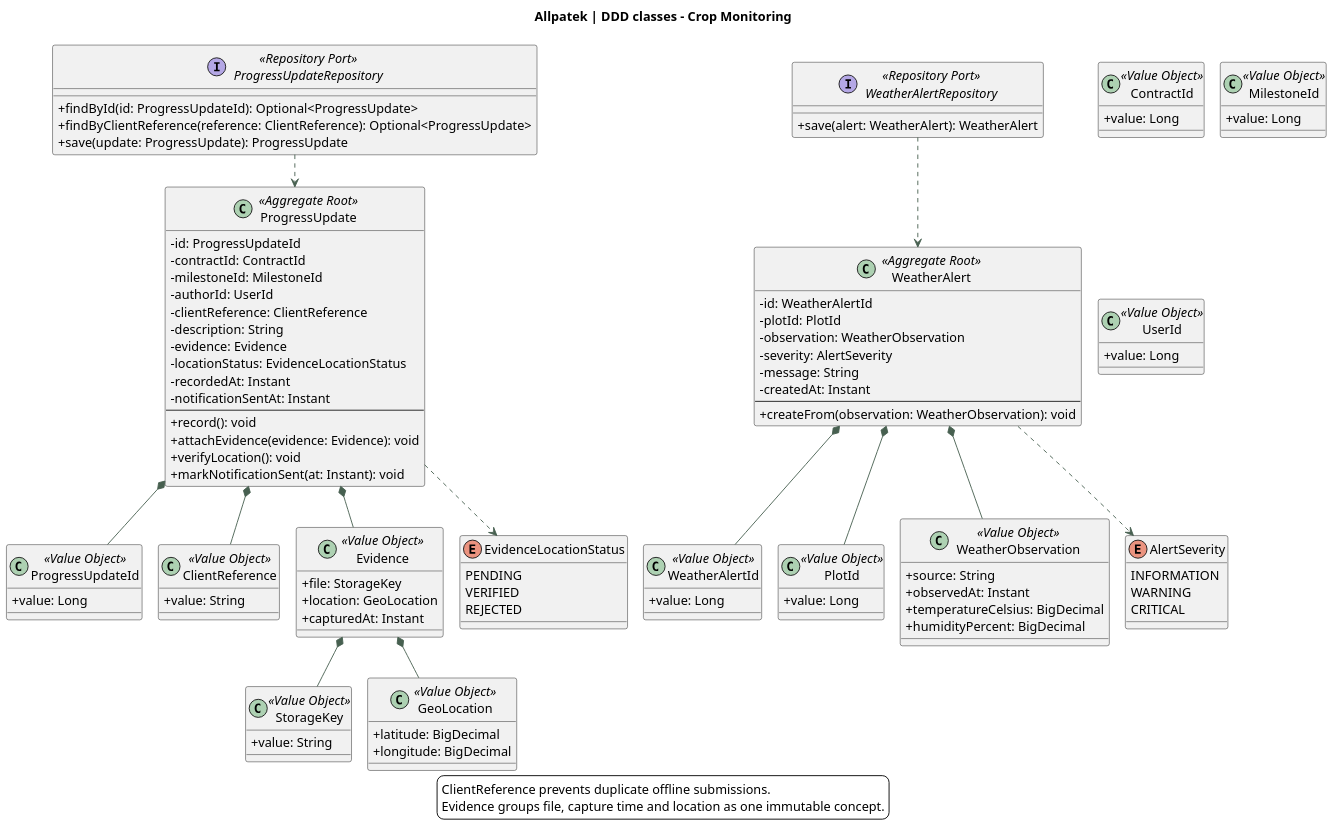
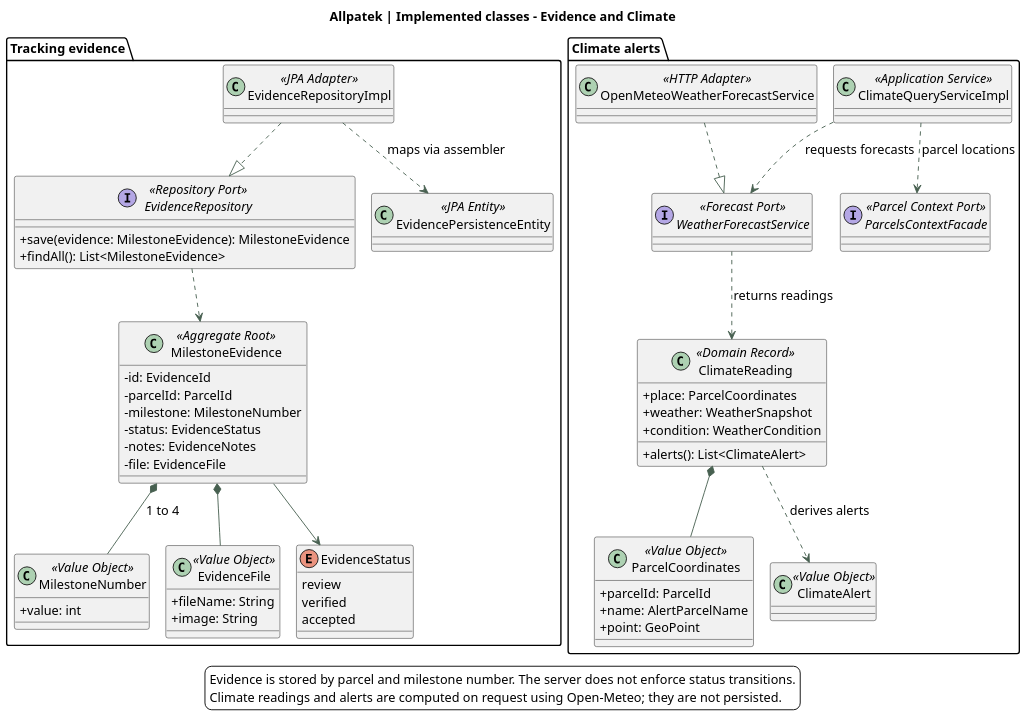
The diagram in assets/chapter-04/architecture/12-classes-monitoring.puml (upc-pre-202620-1asi0729-7753-Terranova/allpatek-report), drawn with PlantUML before and after one commit. The commit also changed 58 other files, not shown here.

Commit message:
docs(report): align architecture diagrams and flows with implementation

```diff
--- a/assets/chapter-04/architecture/12-classes-monitoring.puml
+++ b/assets/chapter-04/architecture/12-classes-monitoring.puml
@@ -1,119 +1,86 @@
 @startuml
 !pragma layout smetana
 skinparam backgroundColor white
 skinparam defaultFontName SansSerif
 skinparam defaultFontSize 14
 skinparam shadowing false
 skinparam classAttributeIconSize 0
 skinparam ArrowColor #476050
 skinparam dpi 140
-title Allpatek | DDD classes - Crop Monitoring
+title Allpatek | Implemented classes - Evidence and Climate
 top to bottom direction
 
-class ProgressUpdate <<Aggregate Root>> {
- -id: ProgressUpdateId
- -contractId: ContractId
- -milestoneId: MilestoneId
- -authorId: UserId
- -clientReference: ClientReference
- -description: String
- -evidence: Evidence
- -locationStatus: EvidenceLocationStatus
- -recordedAt: Instant
- -notificationSentAt: Instant
- --
- +record(): void
- +attachEvidence(evidence: Evidence): void
- +verifyLocation(): void
- +markNotificationSent(at: Instant): void
+package "Tracking evidence" {
+  class MilestoneEvidence <<Aggregate Root>> {
+    -id: EvidenceId
+    -parcelId: ParcelId
+    -milestone: MilestoneNumber
+    -status: EvidenceStatus
+    -notes: EvidenceNotes
+    -file: EvidenceFile
+  }
+
+  class MilestoneNumber <<Value Object>> {
+    +value: int
+  }
+
+  class EvidenceFile <<Value Object>> {
+    +fileName: String
+    +image: String
+  }
+
+  enum EvidenceStatus {
+    review
+    verified
+    accepted
+  }
+
+  interface EvidenceRepository <<Repository Port>> {
+    +save(evidence: MilestoneEvidence): MilestoneEvidence
+    +findAll(): List<MilestoneEvidence>
+  }
+
+  class EvidenceRepositoryImpl <<JPA Adapter>>
+  class EvidencePersistenceEntity <<JPA Entity>>
+
+  MilestoneEvidence *-- MilestoneNumber : 1 to 4
+  MilestoneEvidence *-- EvidenceFile
+  MilestoneEvidence --> EvidenceStatus
+  EvidenceRepository ..> MilestoneEvidence
+  EvidenceRepositoryImpl ..|> EvidenceRepository
+  EvidenceRepositoryImpl ..> EvidencePersistenceEntity : maps via assembler
 }
 
-class WeatherAlert <<Aggregate Root>> {
- -id: WeatherAlertId
- -plotId: PlotId
- -observation: WeatherObservation
- -severity: AlertSeverity
- -message: String
- -createdAt: Instant
- --
- +createFrom(observation: WeatherObservation): void
+package "Climate alerts" {
+  class ClimateQueryServiceImpl <<Application Service>>
+  interface ParcelsContextFacade <<Parcel Context Port>>
+  interface WeatherForecastService <<Forecast Port>>
+  class OpenMeteoWeatherForecastService <<HTTP Adapter>>
+  class ClimateReading <<Domain Record>> {
+    +place: ParcelCoordinates
+    +weather: WeatherSnapshot
+    +condition: WeatherCondition
+    +alerts(): List<ClimateAlert>
+  }
+
+  class ParcelCoordinates <<Value Object>> {
+    +parcelId: ParcelId
+    +name: AlertParcelName
+    +point: GeoPoint
+  }
+
+  class ClimateAlert <<Value Object>>
+
+  ClimateQueryServiceImpl ..> ParcelsContextFacade : parcel locations
+  ClimateQueryServiceImpl ..> WeatherForecastService : requests forecasts
+  WeatherForecastService ..> ClimateReading : returns readings
+  OpenMeteoWeatherForecastService ..|> WeatherForecastService
+  ClimateReading *-- ParcelCoordinates
+  ClimateReading ..> ClimateAlert : derives alerts
 }
 
-class ProgressUpdateId <<Value Object>> {
- +value: Long
-}
-class WeatherAlertId <<Value Object>> {
- +value: Long
-}
-class ContractId <<Value Object>> {
- +value: Long
-}
-class MilestoneId <<Value Object>> {
- +value: Long
-}
-class UserId <<Value Object>> {
- +value: Long
-}
-class PlotId <<Value Object>> {
- +value: Long
-}
-class ClientReference <<Value Object>> {
- +value: String
-}
-class StorageKey <<Value Object>> {
- +value: String
-}
-class GeoLocation <<Value Object>> {
- +latitude: BigDecimal
- +longitude: BigDecimal
-}
-class Evidence <<Value Object>> {
- +file: StorageKey
- +location: GeoLocation
- +capturedAt: Instant
-}
-class WeatherObservation <<Value Object>> {
- +source: String
- +observedAt: Instant
- +temperatureCelsius: BigDecimal
- +humidityPercent: BigDecimal
-}
-
-enum EvidenceLocationStatus {
- PENDING
- VERIFIED
- REJECTED
-}
-enum AlertSeverity {
- INFORMATION
- WARNING
- CRITICAL
-}
-
-interface ProgressUpdateRepository <<Repository Port>> {
- +findById(id: ProgressUpdateId): Optional<ProgressUpdate>
- +findByClientReference(reference: ClientReference): Optional<ProgressUpdate>
- +save(update: ProgressUpdate): ProgressUpdate
-}
-interface WeatherAlertRepository <<Repository Port>> {
- +save(alert: WeatherAlert): WeatherAlert
-}
-
-ProgressUpdate *-- ProgressUpdateId
-ProgressUpdate *-- ClientReference
-ProgressUpdate *-- Evidence
-Evidence *-- StorageKey
-Evidence *-- GeoLocation
-ProgressUpdate ..> EvidenceLocationStatus
-WeatherAlert *-- WeatherAlertId
-WeatherAlert *-- PlotId
-WeatherAlert *-- WeatherObservation
-WeatherAlert ..> AlertSeverity
-ProgressUpdateRepository ..> ProgressUpdate
-WeatherAlertRepository ..> WeatherAlert
-
 legend bottom
-ClientReference prevents duplicate offline submissions.
-Evidence groups file, capture time and location as one immutable concept.
+Evidence is stored by parcel and milestone number. The server does not enforce status transitions.
+Climate readings and alerts are computed on request using Open-Meteo; they are not persisted.
 endlegend
 @enduml
```
